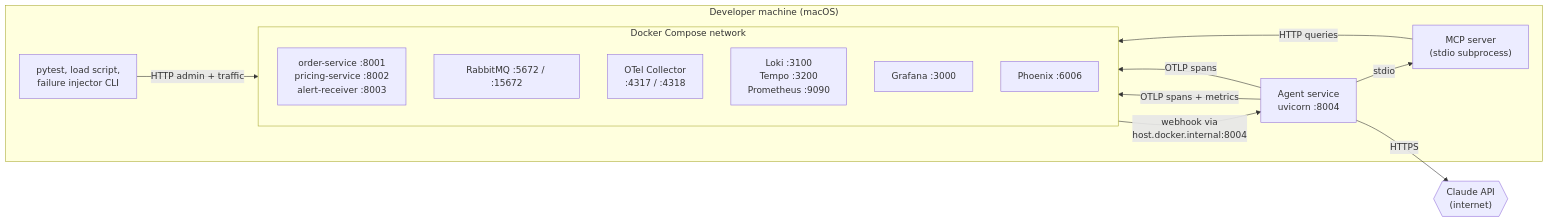
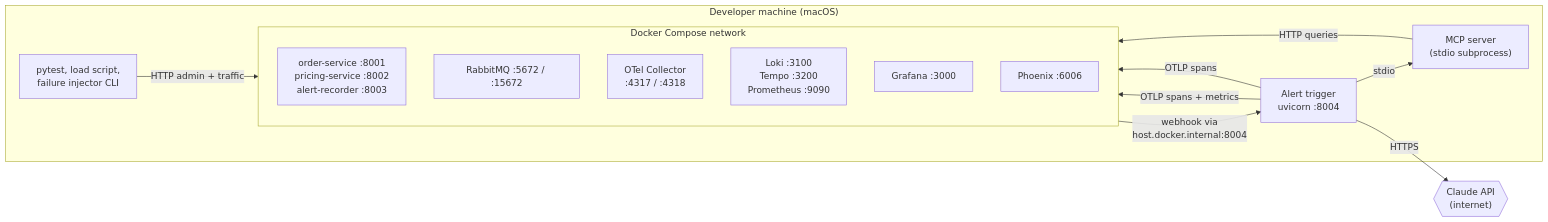
One commit to ankgupt9/agentic-incident-response changed the fifth of 9 diagrams in docs/solution-design.md. Above: the diagram before and after it, drawn with Mermaid. The commit also changed other lines of this file and 35 other files, not shown here.

First line of the commit message:
Rename for clarity: simulator/, alert_recorder, agent/trigger, DiagnosisJob

````diff
--- a/docs/solution-design.md
+++ b/docs/solution-design.md
@@ -299,28 +299,28 @@
 ```mermaid
 flowchart LR
     CLAUDE{{"Claude API<br/>(internet)"}}
 
     subgraph HOST["Developer machine (macOS)"]
-        AG["Agent service<br/>uvicorn :8004"]
+        AG["Alert trigger<br/>uvicorn :8004"]
         MCPP["MCP server<br/>(stdio subprocess)"]
         CLI["pytest, load script,<br/>failure injector CLI"]
 
         subgraph DC["Docker Compose network"]
             direction TB
-            SVCS["order-service :8001<br/>pricing-service :8002<br/>alert-receiver :8003"]
+            SVCS["order-service :8001<br/>pricing-service :8002<br/>alert-recorder :8003"]
             MQ["RabbitMQ :5672 / :15672"]
             COL["OTel Collector<br/>:4317 / :4318"]
             BE["Loki :3100<br/>Tempo :3200<br/>Prometheus :9090"]
             GRAF["Grafana :3000"]
             PHX["Phoenix :6006"]
         end
     end
 
     AG -- "HTTPS" --> CLAUDE
     AG -- "stdio" --> MCPP
     MCPP -- "HTTP queries" --> BE
     AG -- "OTLP spans + metrics" --> COL
     AG -- "OTLP spans" --> PHX
     GRAF -- "webhook via<br/>host.docker.internal:8004" --> AG
     CLI -- "HTTP admin + traffic" --> SVCS
 ```
````
